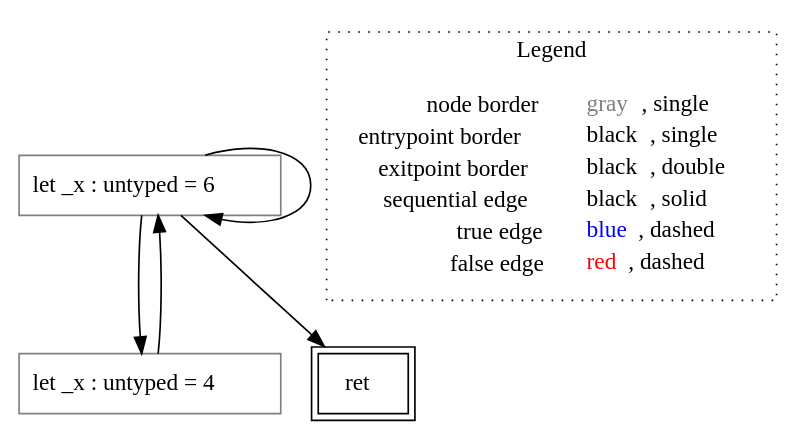
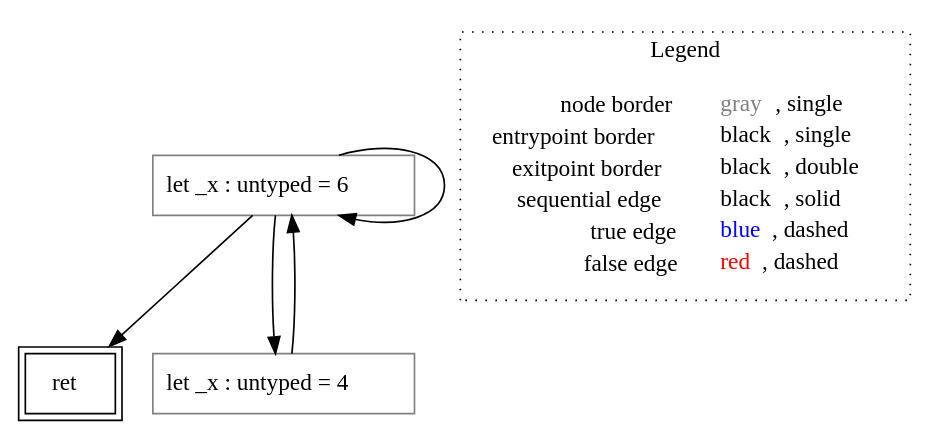
One commit to VincenzoArceri/rust-lisa changed the diagram in rust-lisa/rust-testcases/cfg/return-void/()_rust-testcases_cfg_return-void_return-void.rs.func5().dot. Above: the diagram before and after it, drawn with Graphviz. The commit also changed 7 other files, not shown here.

```diff
--- a/rust-lisa/rust-testcases/cfg/return-void/()_rust-testcases_cfg_return-void_return-void.rs.func5().dot
+++ b/rust-lisa/rust-testcases/cfg/return-void/()_rust-testcases_cfg_return-void_return-void.rs.func5().dot
@@ -1,16 +1,16 @@
 digraph {
 	"node0" [shape="rect",color="gray",label=<let _x : untyped = 6>];
-	"node1" [shape="rect",color="gray",label=<let _x : untyped = 4>];
-	"node2" [shape="rect",color="black",peripheries="2",label=<ret>];
+	"node1" [shape="rect",color="black",peripheries="2",label=<ret>];
+	"node2" [shape="rect",color="gray",label=<let _x : untyped = 4>];
 	"node0" -> "node0" [color="black"];
+	"node0" -> "node1" [color="black"];
 	"node0" -> "node2" [color="black"];
-	"node0" -> "node1" [color="black"];
-	"node1" -> "node0" [color="black"];
+	"node2" -> "node0" [color="black"];
 subgraph cluster_legend {
 	label="Legend";
 	style=dotted;
 	node [shape=plaintext];
 	"legend" [label=<<table border="0" cellpadding="2" cellspacing="0" cellborder="0"><tr><td align="right">node border&nbsp;</td><td align="left"><font color="gray">gray</font>, single</td></tr><tr><td align="right">entrypoint border&nbsp;</td><td align="left"><font color="black">black</font>, single</td></tr><tr><td align="right">exitpoint border&nbsp;</td><td align="left"><font color="black">black</font>, double</td></tr><tr><td align="right">sequential edge&nbsp;</td><td align="left"><font color="black">black</font>, solid</td></tr><tr><td align="right">true edge&nbsp;</td><td align="left"><font color="blue">blue</font>, dashed</td></tr><tr><td align="right">false edge&nbsp;</td><td align="left"><font color="red">red</font>, dashed</td></tr></table>>];
 }
 
 }
```
